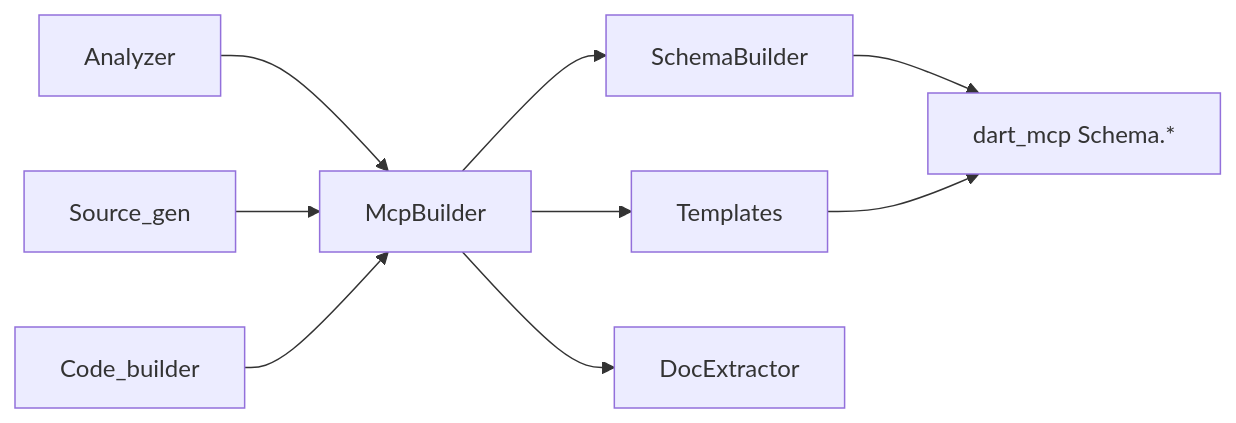
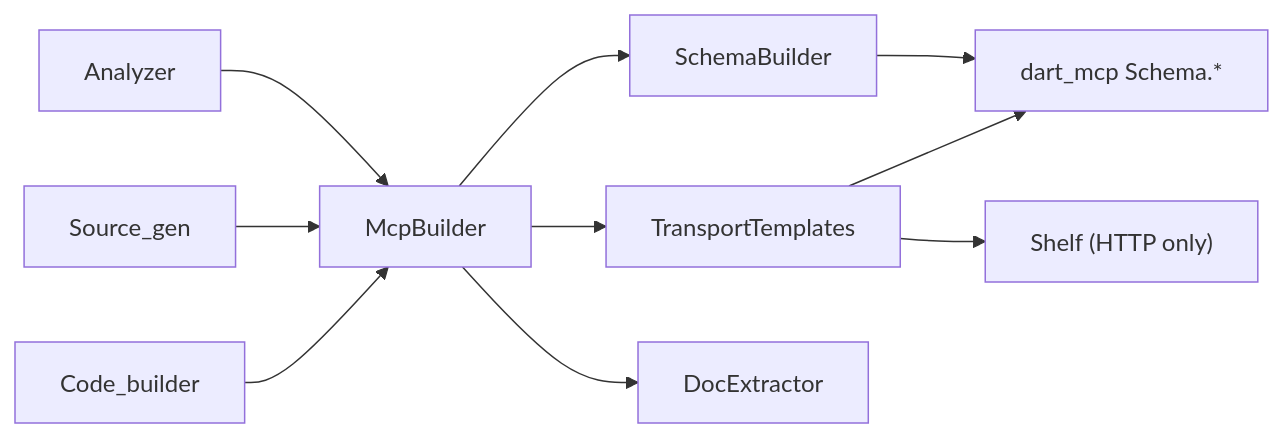
The fourth of 4 diagrams in .qoder/repowiki/en/content/Type System Integration/Type System Integration.md (cdavis-code/easy_mcp_workspace), drawn with Mermaid before and after one commit. The commit also changed other lines of this file and 14 other files, not shown here.

````diff
--- a/.qoder/repowiki/en/content/Type System Integration/Type System Integration.md
+++ b/.qoder/repowiki/en/content/Type System Integration/Type System Integration.md
@@ -324,11 +520,12 @@
 ```mermaid
 graph LR
 AN["Analyzer"] --> MB["McpBuilder"]
 SG["Source_gen"] --> MB
 CB["Code_builder"] --> MB
 MB --> SB["SchemaBuilder"]
-MB --> TM["Templates"]
+MB --> TT["TransportTemplates"]
 MB --> DE["DocExtractor"]
 SB --> DM["dart_mcp Schema.*"]
-TM --> DM
+TT --> DM
+TT --> SH["Shelf (HTTP only)"]
 ```
````
